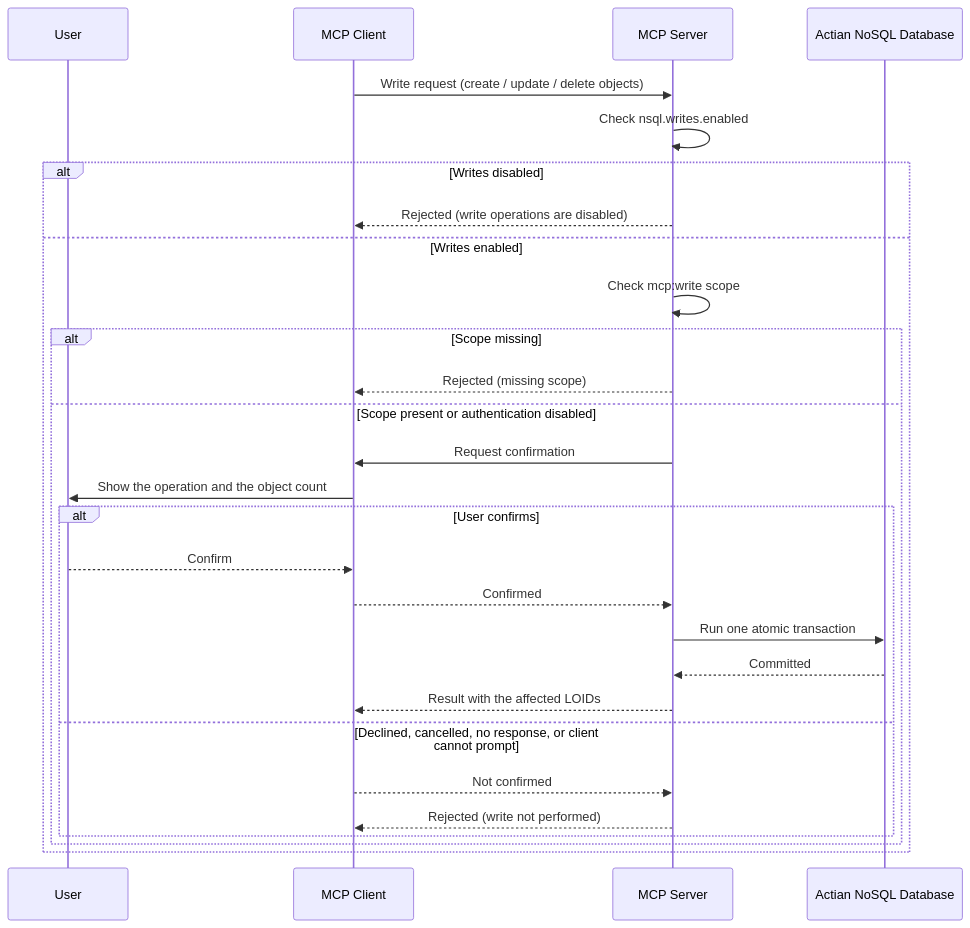
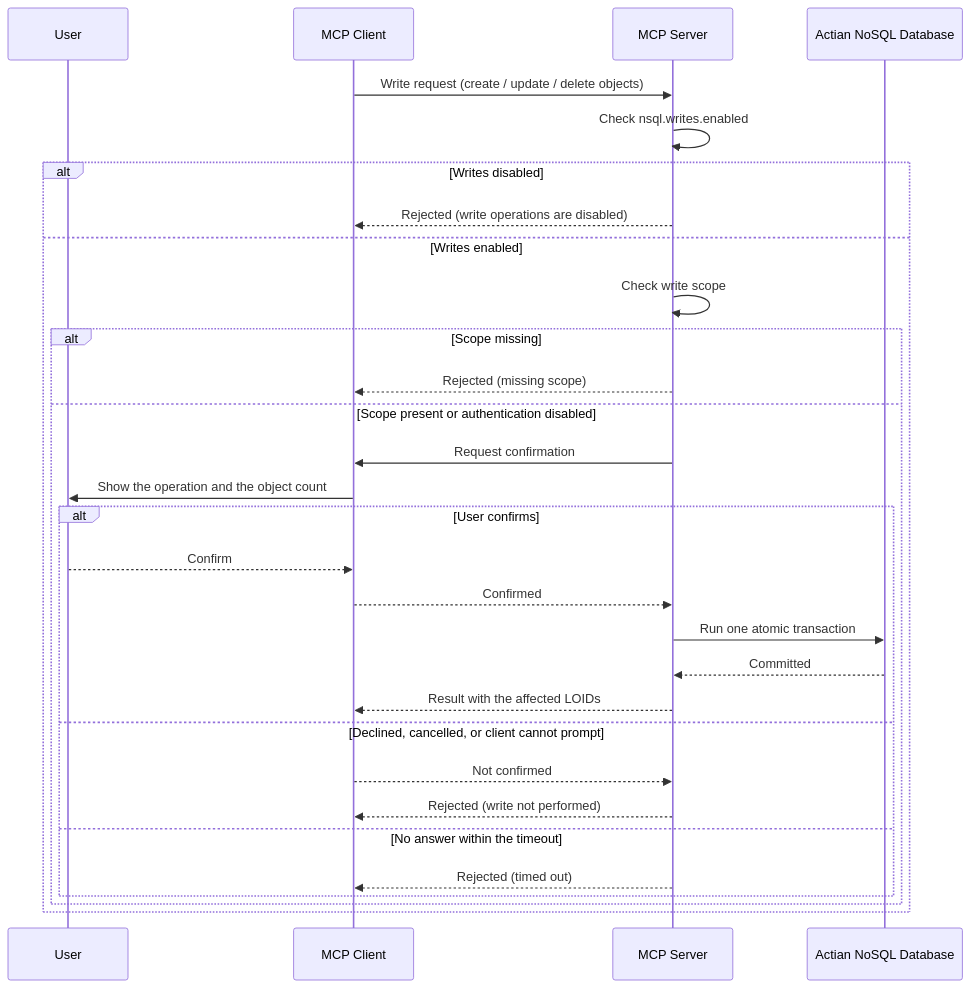
Before and after one commit to ActianCorp/mcp-server-docs: the diagram in docs/nosql/write-support.md, drawn with Mermaid. The commit also changed other lines of this file and 16 other files, not shown here.

````diff
--- a/docs/nosql/write-support.md
+++ b/docs/nosql/write-support.md
@@ -62,32 +63,34 @@
 ```mermaid
 %%{init: {'theme': 'default', 'themeVariables': {'fontSize': '18px', 'fontFamily': 'arial'}}}%%
 sequenceDiagram
     participant User as User
     participant Client as MCP Client
     participant Server as MCP Server
     participant DB as Actian NoSQL Database
 
     Client->>Server: Write request (create / update / delete objects)
     Server->>Server: Check nsql.writes.enabled
     alt Writes disabled
         Server-->>Client: Rejected (write operations are disabled)
     else Writes enabled
-        Server->>Server: Check mcp:write scope
+        Server->>Server: Check write scope
         alt Scope missing
             Server-->>Client: Rejected (missing scope)
         else Scope present or authentication disabled
             Server->>Client: Request confirmation
             Client->>User: Show the operation and the object count
             alt User confirms
                 User-->>Client: Confirm
                 Client-->>Server: Confirmed
                 Server->>DB: Run one atomic transaction
                 DB-->>Server: Committed
                 Server-->>Client: Result with the affected LOIDs
-            else Declined, cancelled, no response, or client cannot prompt
+            else Declined, cancelled, or client cannot prompt
                 Client-->>Server: Not confirmed
                 Server-->>Client: Rejected (write not performed)
+            else No answer within the timeout
+                Server-->>Client: Rejected (timed out)
             end
         end
     end
 ```
````
